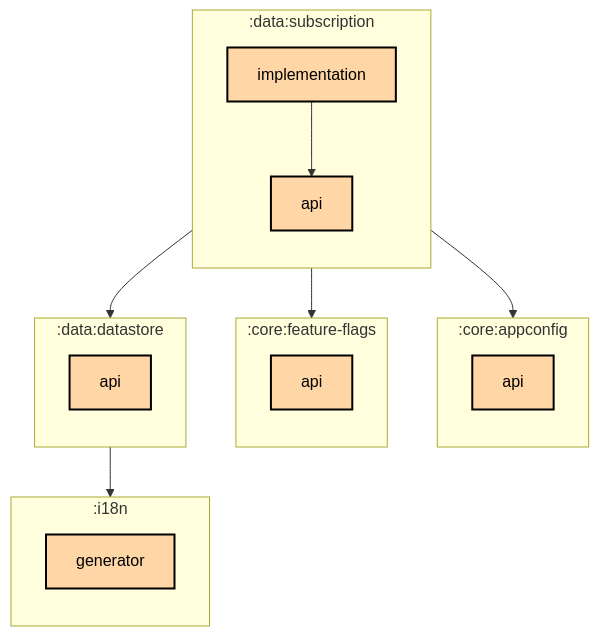
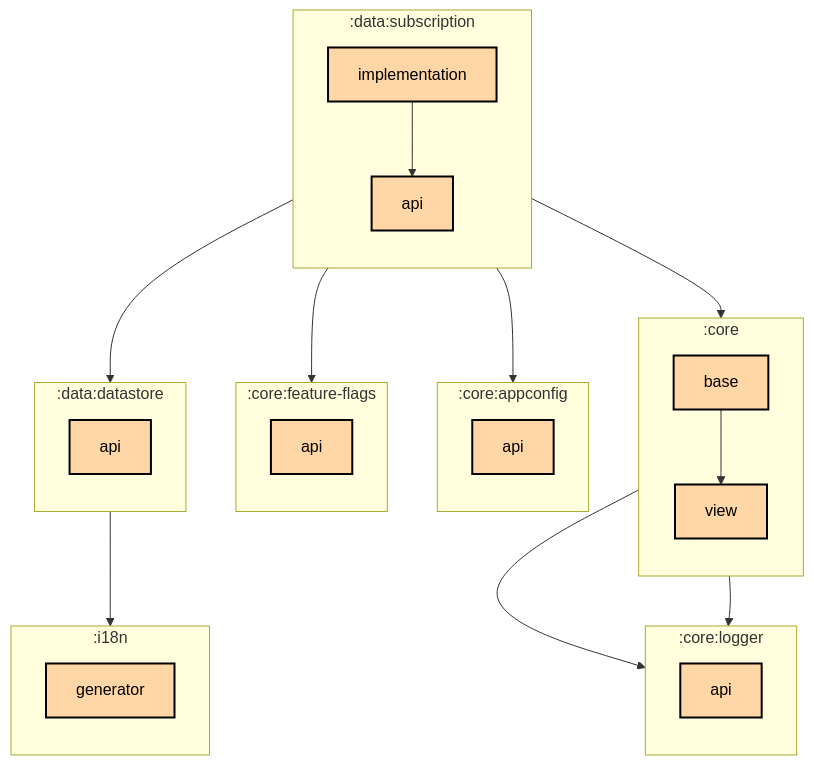
The first of 2 diagrams in data/subscription/implementation/README.md (thomaskioko/tv-maniac), drawn with Mermaid before and after one commit. The commit also changed 3 other files, not shown here.

Commit message:
🤖 Update module graphs

````diff
--- a/data/subscription/implementation/README.md
+++ b/data/subscription/implementation/README.md
@@ -6,36 +6,49 @@
 ```mermaid
 graph TB
+  subgraph :core
+    direction TB
+    :core:base[base]:::multiplatform
+    :core:view[view]:::multiplatform
+  end
   subgraph :core:appconfig
     direction TB
     :core:appconfig:api[api]:::multiplatform
   end
   subgraph :core:feature-flags
     direction TB
     :core:feature-flags:api[api]:::multiplatform
+  end
+  subgraph :core:logger
+    direction TB
+    :core:logger:api[api]:::multiplatform
   end
   subgraph :data:datastore
     direction TB
     :data:datastore:api[api]:::multiplatform
   end
   subgraph :data:subscription
     direction TB
     :data:subscription:api[api]:::multiplatform
     :data:subscription:implementation[implementation]:::multiplatform
   end
   subgraph :i18n
     direction TB
     :i18n:generator[generator]:::multiplatform
   end
 
+  :core:base --> :core:logger:api
+  :core:base --> :core:view
+  :core:view --> :core:logger:api
   :data:datastore:api --> :i18n:generator
   :data:subscription:implementation --> :core:appconfig:api
+  :data:subscription:implementation --> :core:base
   :data:subscription:implementation --> :core:feature-flags:api
   :data:subscription:implementation --> :data:datastore:api
   :data:subscription:implementation --> :data:subscription:api
 
 classDef application fill:#CAFFBF,stroke:#000,stroke-width:2px,color:#000;
 classDef multiplatform fill:#FFD6A5,stroke:#000,stroke-width:2px,color:#000;
 classDef android-library fill:#9BF6FF,stroke:#000,stroke-width:2px,color:#000;
 classDef jvm-library fill:#BDB2FF,stroke:#000,stroke-width:2px,color:#000;
 classDef unknown fill:#FFADAD,stroke:#000,stroke-width:2px,color:#000;
 ```
````
